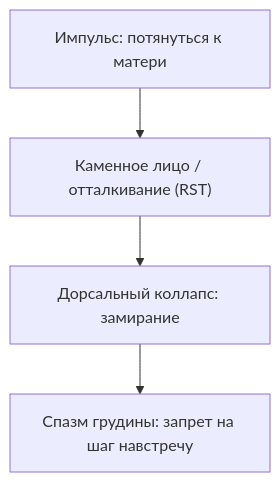
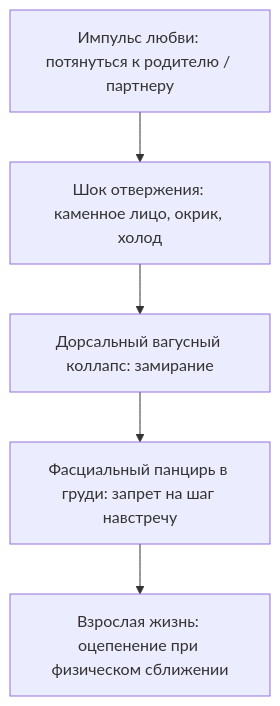
One commit to GTFB/threebooks changed the diagram in root/24-bug-08-interrupted-movement/ru.mdx. Above: the diagram before and after it, drawn with Mermaid. The commit also changed other lines of this file and 40 other files, not shown here.

````diff
--- a/root/24-bug-08-interrupted-movement/ru.mdx
+++ b/root/24-bug-08-interrupted-movement/ru.mdx
@@ -100,6 +158,7 @@
 ```mermaid
-flowchart TB
-  A["Импульс: потянуться к матери"] --> B["Каменное лицо / отталкивание (RST)"]
-  B --> C["Дорсальный коллапс: замирание"]
-  C --> D["Спазм грудины: запрет на шаг навстречу"]
+flowchart TD
+  Impulse["Импульс любви: потянуться к родителю / партнеру"] --> Freeze["Шок отвержения: каменное лицо, окрик, холод"]
+  Freeze --> Collapse["Дорсальный вагусный коллапс: замирание"]
+  Collapse --> Armor["Фасциальный панцирь в груди: запрет на шаг навстречу"]
+  Armor --> Sabotage["Взрослая жизнь: оцепенение при физическом сближении"]
 ```
````
